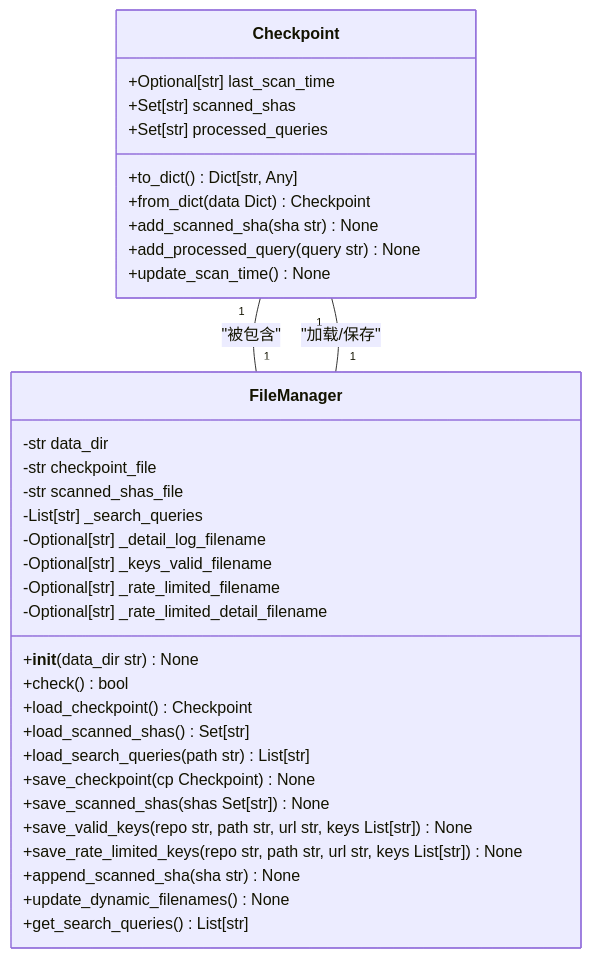
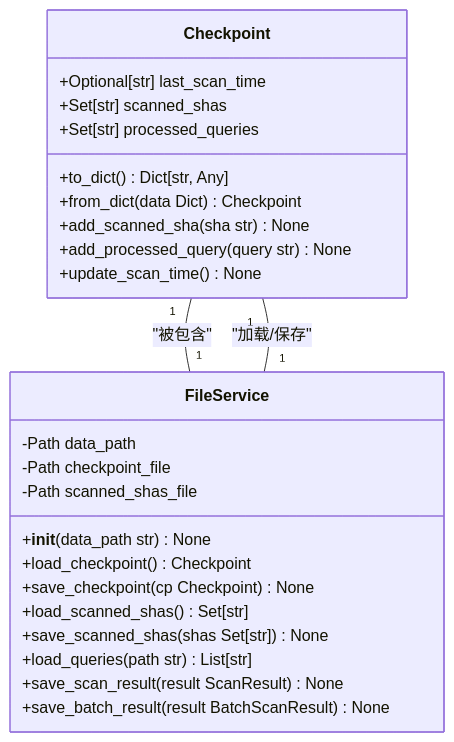
The fifth of 7 diagrams in .qoder/repowiki/zh/content/开发者指南/代码架构与模块设计/代码架构与模块设计.md (james-6-23/APIKEY-king), drawn with Mermaid before and after one commit. The commit also changed other lines of this file and 49 other files, not shown here.

````diff
--- a/.qoder/repowiki/zh/content/开发者指南/代码架构与模块设计/代码架构与模块设计.md
+++ b/.qoder/repowiki/zh/content/开发者指南/代码架构与模块设计/代码架构与模块设计.md
@@ -238,37 +238,28 @@
 ```mermaid
 classDiagram
 class Checkpoint {
 +Optional[str] last_scan_time
 +Set[str] scanned_shas
 +Set[str] processed_queries
 +to_dict() Dict[str, Any]
 +from_dict(data Dict) Checkpoint
 +add_scanned_sha(sha str) None
 +add_processed_query(query str) None
 +update_scan_time() None
 }
-class FileManager {
--str data_dir
--str checkpoint_file
--str scanned_shas_file
--List[str] _search_queries
--Optional[str] _detail_log_filename
--Optional[str] _keys_valid_filename
--Optional[str] _rate_limited_filename
--Optional[str] _rate_limited_detail_filename
-+__init__(data_dir str) None
-+check() bool
+class FileService {
+-Path data_path
+-Path checkpoint_file
+-Path scanned_shas_file
++__init__(data_path str) None
 +load_checkpoint() Checkpoint
++save_checkpoint(cp Checkpoint) None
 +load_scanned_shas() Set[str]
-+load_search_queries(path str) List[str]
-+save_checkpoint(cp Checkpoint) None
 +save_scanned_shas(shas Set[str]) None
-+save_valid_keys(repo str, path str, url str, keys List[str]) None
-+save_rate_limited_keys(repo str, path str, url str, keys List[str]) None
-+append_scanned_sha(sha str) None
-+update_dynamic_filenames() None
-+get_search_queries() List[str]
++load_queries(path str) List[str]
++save_scan_result(result ScanResult) None
++save_batch_result(result BatchScanResult) None
 }
-Checkpoint "1" -- "1" FileManager : "被包含"
-FileManager "1" -- "1" Checkpoint : "加载/保存"
+Checkpoint "1" -- "1" FileService : "被包含"
+FileService "1" -- "1" Checkpoint : "加载/保存"
 ```
````
